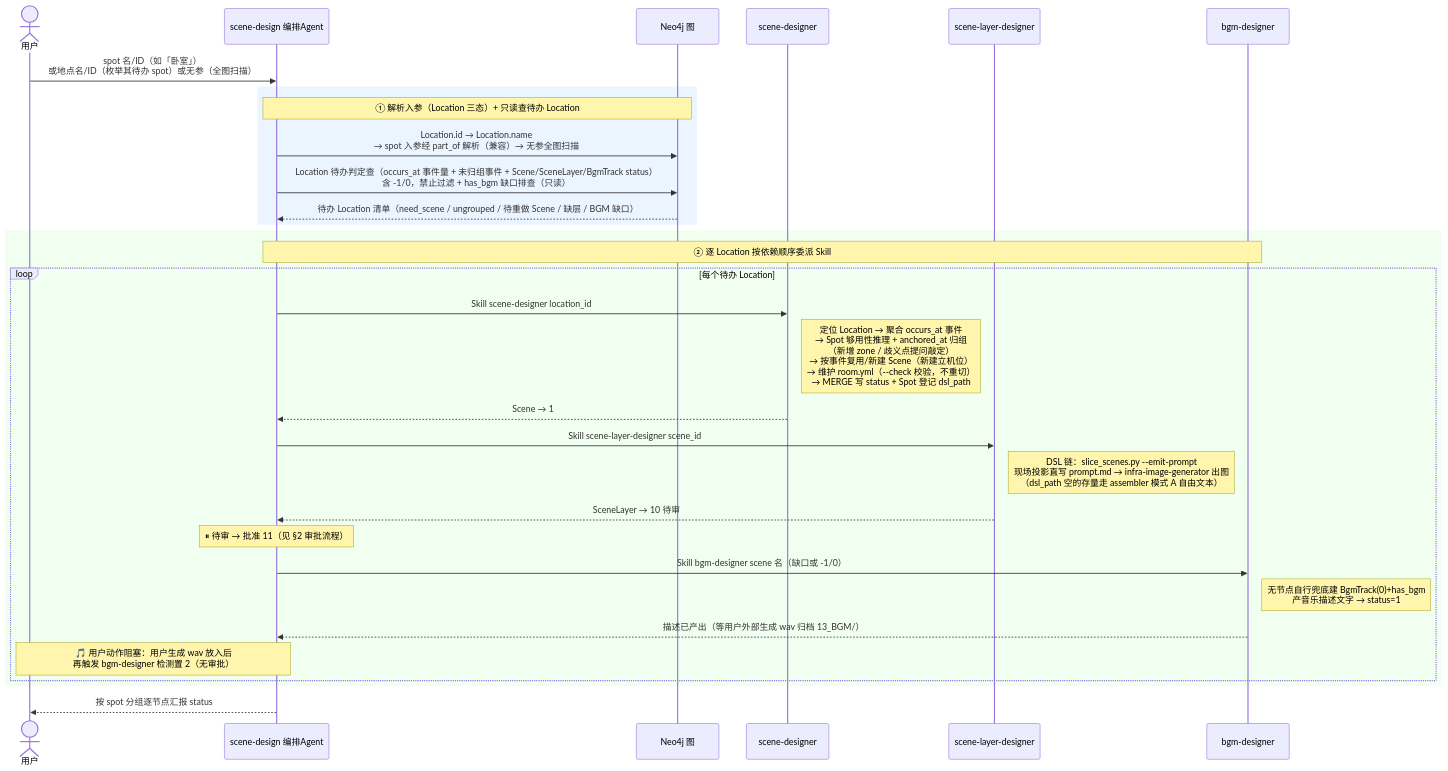
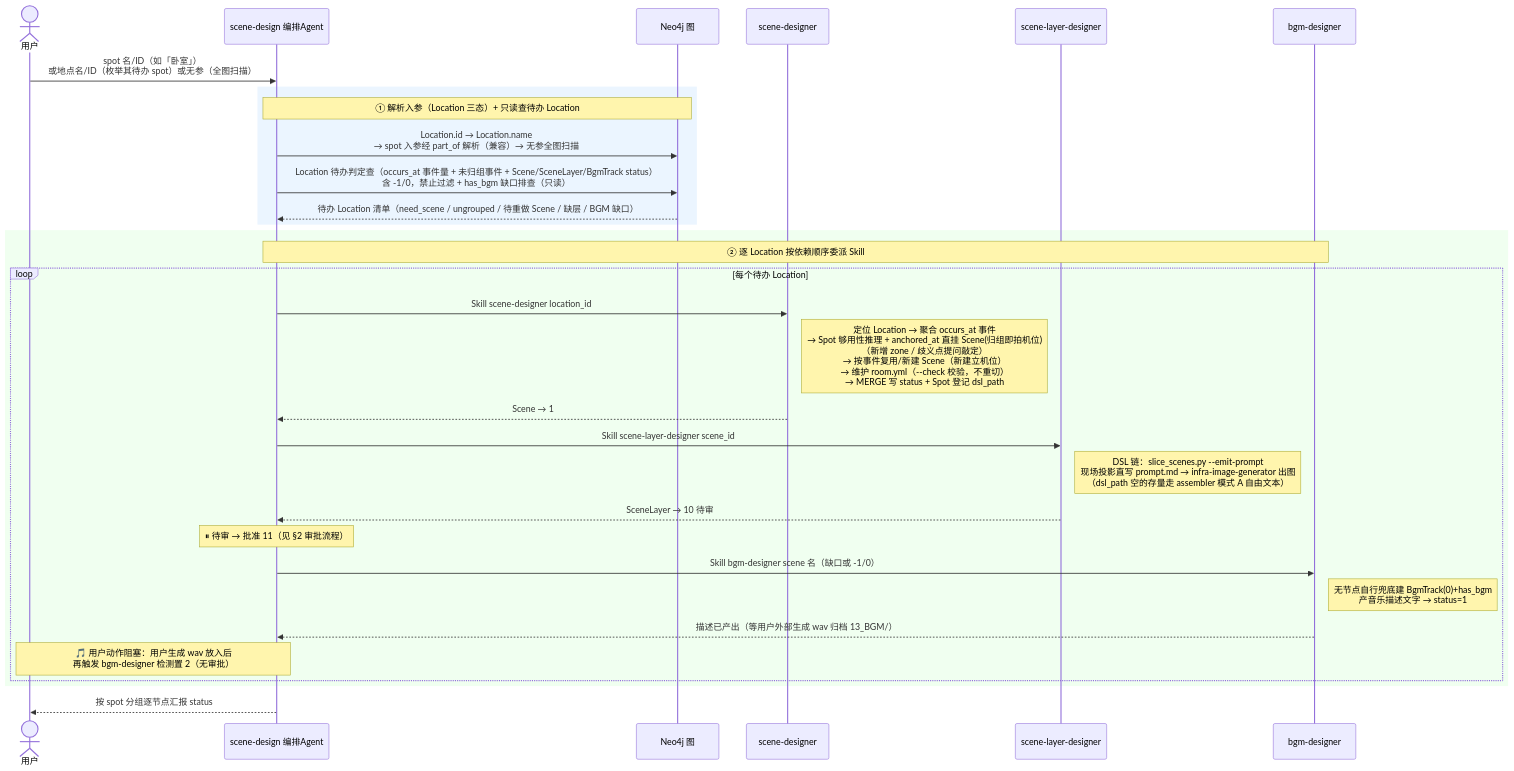
The third of 4 diagrams in README.md (CrazyJinn/ProxyLove), drawn with Mermaid before and after one commit. The commit also changed other lines of this file and 26 other files, not shown here.

First line of the commit message:
Event 驱动化改造：图模型重构与全消费方切换

````diff
--- a/README.md
+++ b/README.md
@@ -179,39 +179,39 @@
 ```mermaid
 sequenceDiagram
     actor U as 用户
     participant A as scene-design 编排Agent
     participant DB as Neo4j 图
     participant Scene as scene-designer
     participant Layer as scene-layer-designer
     participant BGM as bgm-designer
 
     U->>A: spot 名/ID（如「卧室」）<br/>或地点名/ID（枚举其待办 spot）或无参（全图扫描）
 
     rect rgb(235, 245, 255)
     Note over A,DB: ① 解析入参（Location 三态）+ 只读查待办 Location
     A->>DB: Location.id → Location.name<br/>→ spot 入参经 part_of 解析（兼容）→ 无参全图扫描
     A->>DB: Location 待办判定查（occurs_at 事件量 + 未归组事件 + Scene/SceneLayer/BgmTrack status）<br/>含 -1/0，禁止过滤 + has_bgm 缺口排查（只读）
     DB-->>A: 待办 Location 清单（need_scene / ungrouped / 待重做 Scene / 缺层 / BGM 缺口）
     end
 
     rect rgb(240, 255, 240)
     Note over A,BGM: ② 逐 Location 按依赖顺序委派 Skill
     loop 每个待办 Location
         A->>Scene: Skill scene-designer location_id
-        Note right of Scene: 定位 Location → 聚合 occurs_at 事件<br/>→ Spot 够用性推理 + anchored_at 归组<br/>（新增 zone / 歧义点提问敲定）<br/>→ 按事件复用/新建 Scene（新建立机位）<br/>→ 维护 room.yml（--check 校验，不重切）<br/>→ MERGE 写 status + Spot 登记 dsl_path
+        Note right of Scene: 定位 Location → 聚合 occurs_at 事件<br/>→ Spot 够用性推理 + anchored_at 直挂 Scene(归组即拍机位)<br/>（新增 zone / 歧义点提问敲定）<br/>→ 按事件复用/新建 Scene（新建立机位）<br/>→ 维护 room.yml（--check 校验，不重切）<br/>→ MERGE 写 status + Spot 登记 dsl_path
         Scene-->>A: Scene → 1
 
         A->>Layer: Skill scene-layer-designer scene_id
         Note right of Layer: DSL 链：slice_scenes.py --emit-prompt<br/>现场投影直写 prompt.md → infra-image-generator 出图<br/>（dsl_path 空的存量走 assembler 模式 A 自由文本）
         Layer-->>A: SceneLayer → 10 待审
         Note over A: ⏸ 待审 → 批准 11（见 §2 审批流程）
 
         A->>BGM: Skill bgm-designer scene 名（缺口或 -1/0）
         Note right of BGM: 无节点自行兜底建 BgmTrack(0)+has_bgm<br/>产音乐描述文字 → status=1
         BGM-->>A: 描述已产出（等用户外部生成 wav 归档 13_BGM/）
         Note over A,U: 🎵 用户动作阻塞：用户生成 wav 放入后<br/>再触发 bgm-designer 检测置 2（无审批）
     end
     end
 
     A-->>U: 按 spot 分组逐节点汇报 status
 ```
````
